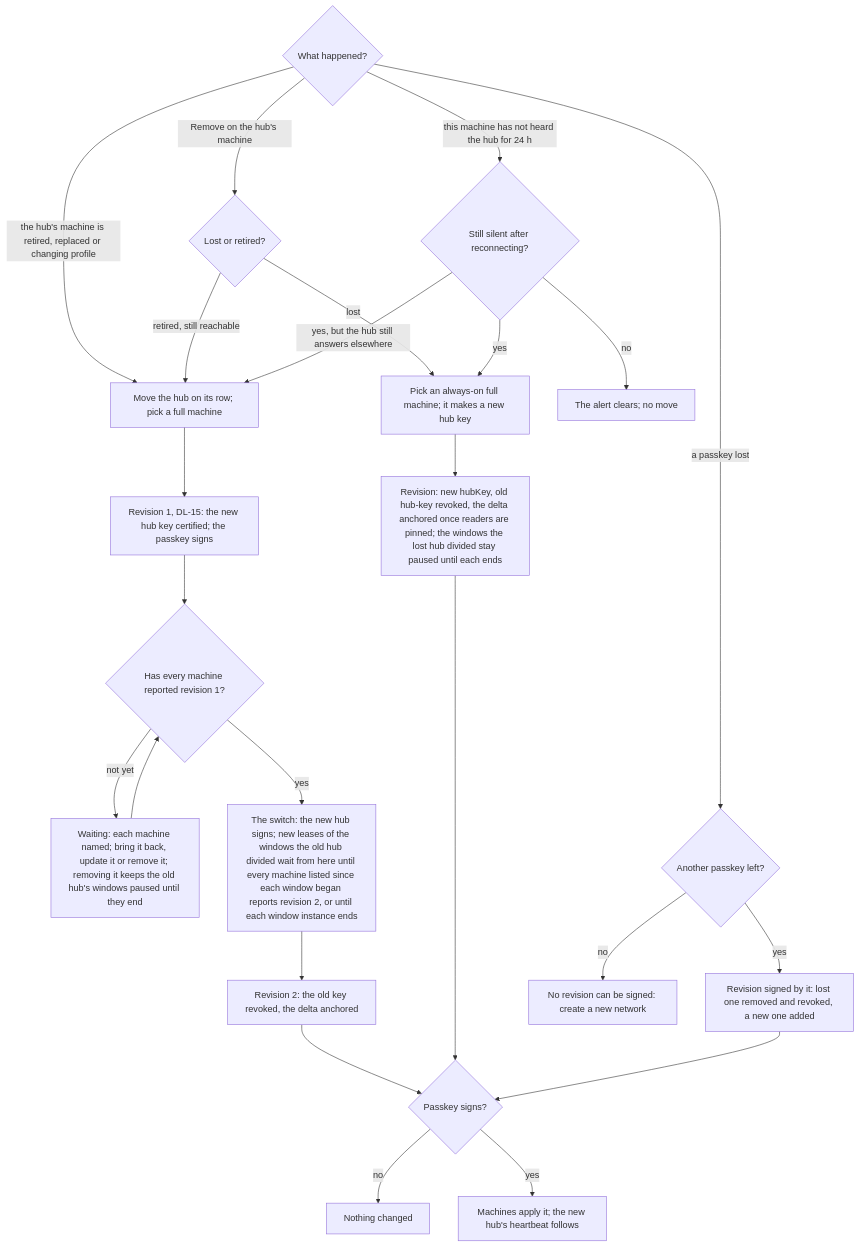
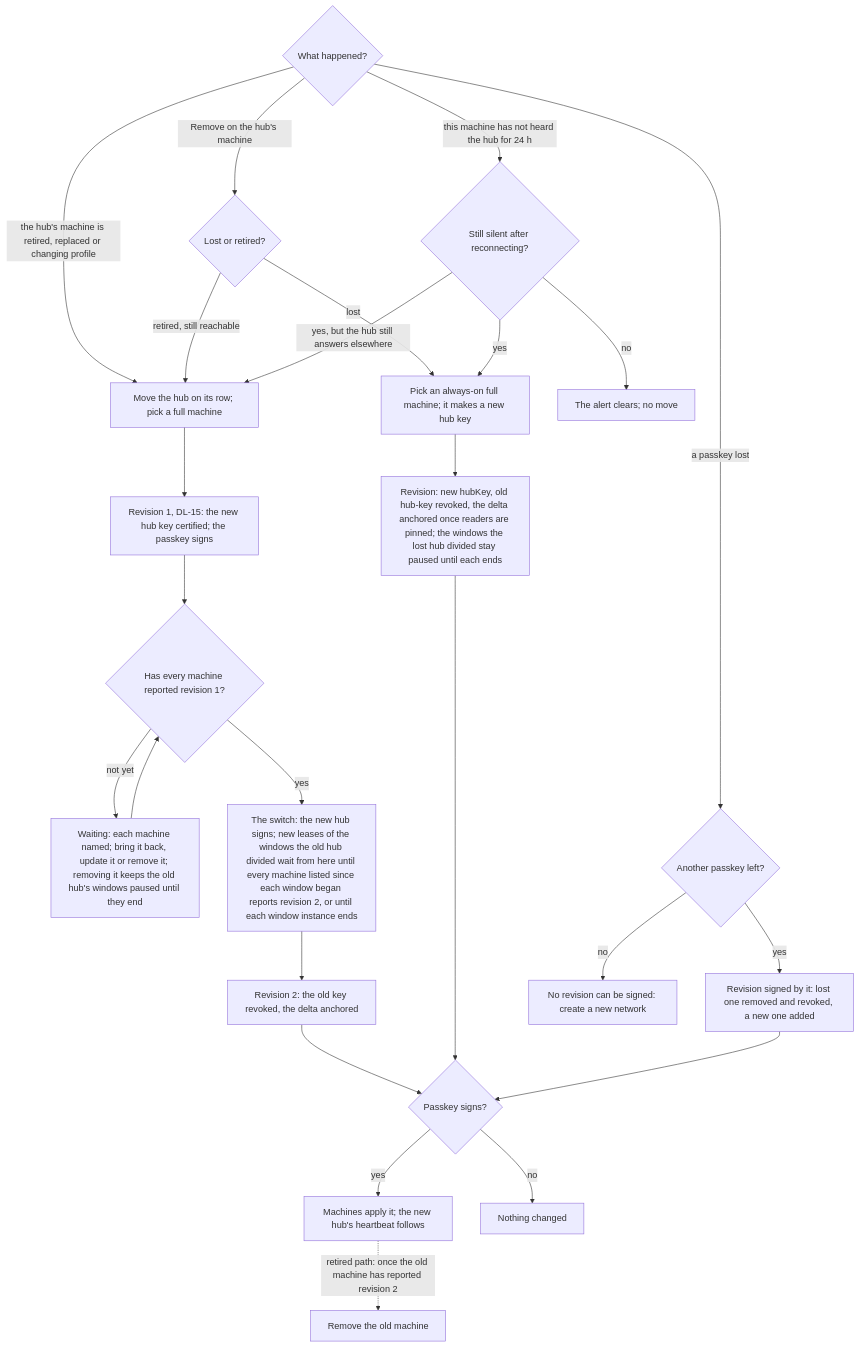
Before and after one commit to passioncode-ai/fabric-agent-contract: diagram 27 of 34 in docs/ux/flows.md, drawn with Mermaid. The commit also changed 6 other files, not shown here.

````diff
--- a/docs/ux/flows.md
+++ b/docs/ux/flows.md
@@ -662,26 +662,27 @@
 ```mermaid
 flowchart TD
   A{What happened?} -->|the hub's machine is retired, replaced or changing profile| L[Move the hub on its row; pick a full machine]
   A -->|Remove on the hub's machine| K{Lost or retired?}
   K -->|retired, still reachable| L
+  D -.->|retired path: once the old machine has reported revision 2| RM[Remove the old machine]
   K -->|lost| M
   L --> T1[Revision 1, DL-15: the new hub key certified; the passkey signs]
   T1 --> W{Has every machine reported revision 1?}
   W -->|not yet| V[Waiting: each machine named; bring it back, update it or remove it; removing it keeps the old hub's windows paused until they end]
   V --> W
   W -->|yes| T[The switch: the new hub signs; new leases of the windows the old hub divided wait from here until every machine listed since each window began reports revision 2, or until each window instance ends]
   T --> T2[Revision 2: the old key revoked, the delta anchored]
   T2 --> S
   A -->|this machine has not heard the hub for 24 h| C{Still silent after reconnecting?}
   C -->|no| Z[The alert clears; no move]
   C -->|yes, but the hub still answers elsewhere| L
   C -->|yes| M[Pick an always-on full machine; it makes a new hub key]
   M --> R[Revision: new hubKey, old hub-key revoked, the delta anchored once readers are pinned; the windows the lost hub divided stay paused until each ends]
   A -->|a passkey lost| P{Another passkey left?}
   P -->|yes| Q[Revision signed by it: lost one removed and revoked, a new one added]
   P -->|no| N[No revision can be signed: create a new network]
   R --> S{Passkey signs?}
   Q --> S
   S -->|no| X[Nothing changed]
   S -->|yes| D[Machines apply it; the new hub's heartbeat follows]
 ```
````
